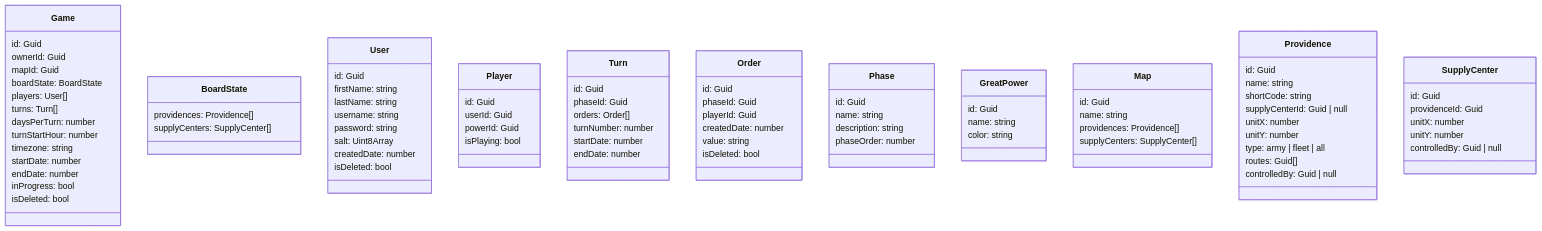
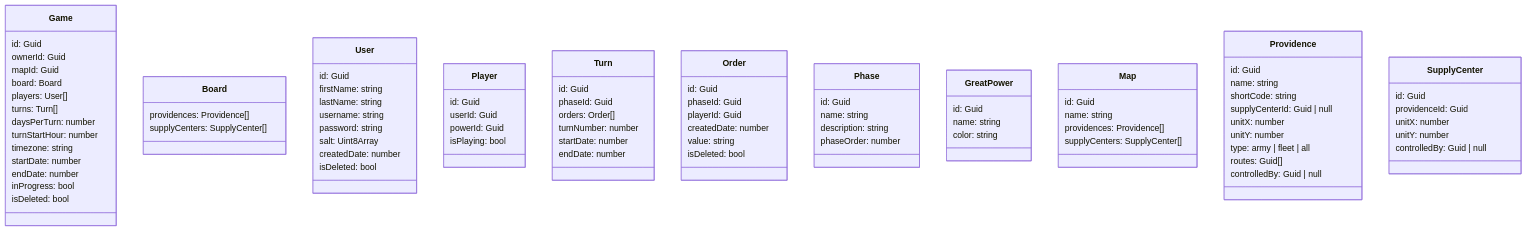
The diagram in README.md (JHerget/diplomacy-api), drawn with Mermaid before and after one commit.

Commit message:
update naming

```diff
--- a/README.md
+++ b/README.md
@@ -6,7 +6,7 @@
         id: Guid
         ownerId: Guid
         mapId: Guid
-        boardState: BoardState 
+        board: Board 
         players: User[]
         turns: Turn[]
         daysPerTurn: number
@@ -18,7 +18,7 @@
         isDeleted: bool
     }
 
-    class BoardState {
+    class Board {
         providences: Providence[]
         supplyCenters: SupplyCenter[]
     }
```
